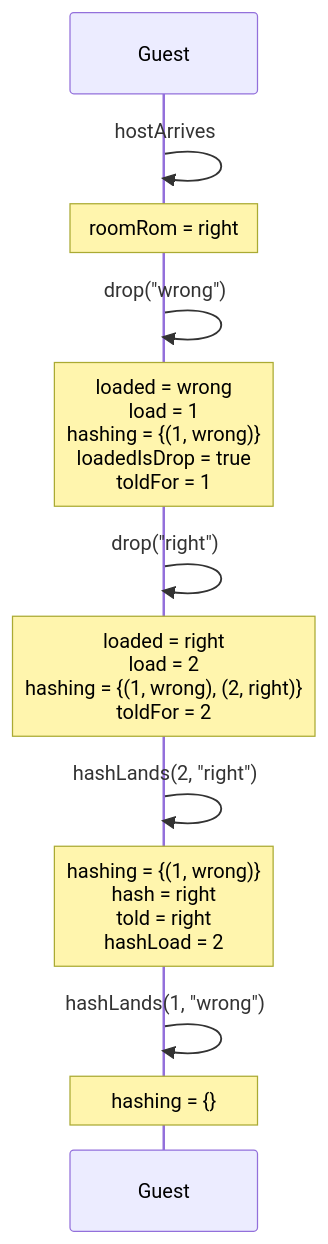
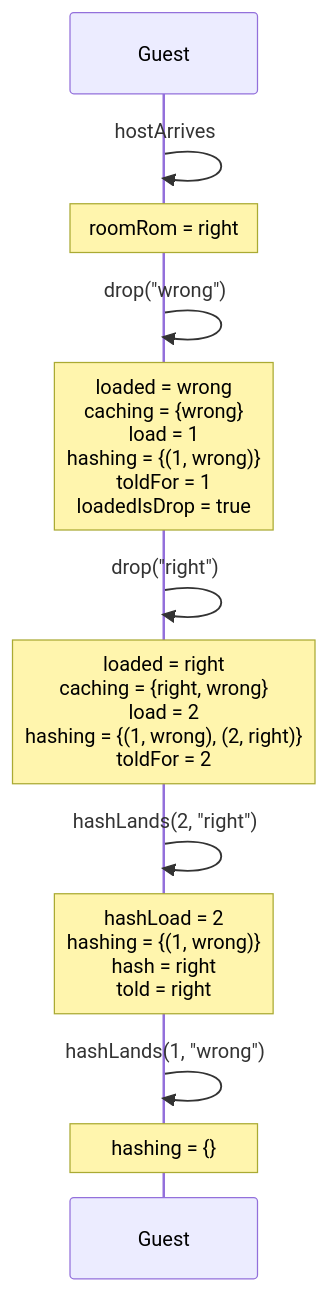
Before and after one commit to kwilson21/kaillera-next: diagram 21 of 27 in docs/spec-traces.md, drawn with Mermaid. The commit also changed other lines of this file and 11 other files, not shown here.

````diff
--- a/docs/spec-traces.md
+++ b/docs/spec-traces.md
@@ -589,14 +589,14 @@
 ```mermaid
 sequenceDiagram
   participant Guest
   Guest->>Guest: hostArrives
   Note over Guest: roomRom = right
   Guest->>Guest: drop("wrong")
-  Note over Guest: loaded = wrong<br/>load = 1<br/>hashing = {(1, wrong)}<br/>loadedIsDrop = true<br/>toldFor = 1
+  Note over Guest: loaded = wrong<br/>caching = {wrong}<br/>load = 1<br/>hashing = {(1, wrong)}<br/>toldFor = 1<br/>loadedIsDrop = true
   Guest->>Guest: drop("right")
-  Note over Guest: loaded = right<br/>load = 2<br/>hashing = {(1, wrong), (2, right)}<br/>toldFor = 2
+  Note over Guest: loaded = right<br/>caching = {right, wrong}<br/>load = 2<br/>hashing = {(1, wrong), (2, right)}<br/>toldFor = 2
   Guest->>Guest: hashLands(2, "right")
-  Note over Guest: hashing = {(1, wrong)}<br/>hash = right<br/>told = right<br/>hashLoad = 2
+  Note over Guest: hashLoad = 2<br/>hashing = {(1, wrong)}<br/>hash = right<br/>told = right
   Guest->>Guest: hashLands(1, "wrong")
   Note over Guest: hashing = {}
 ```
````
